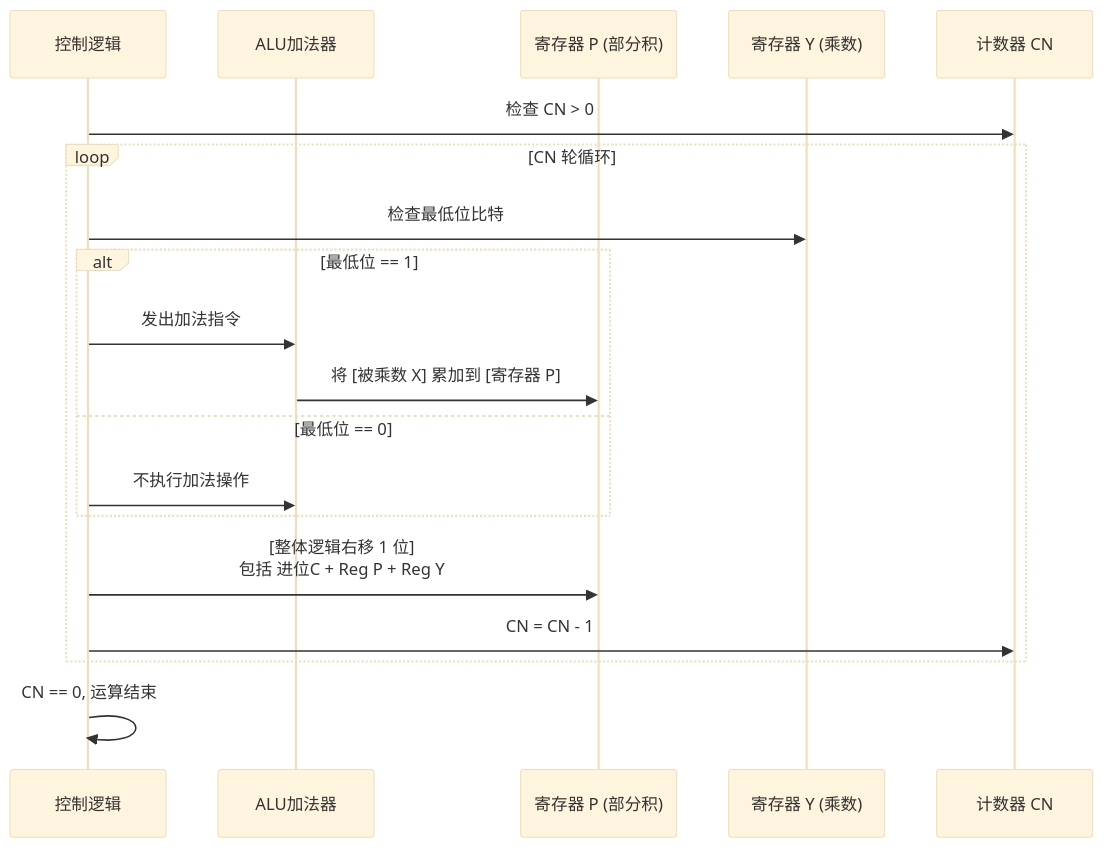
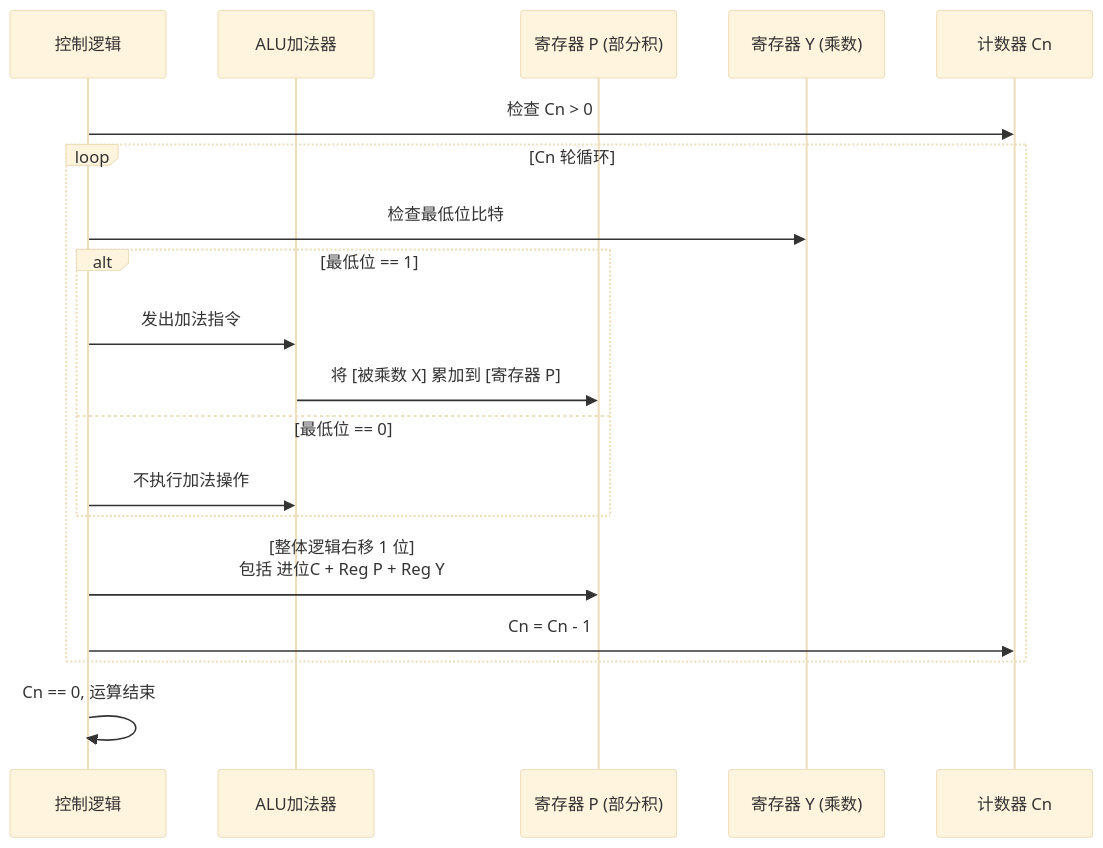
One commit to Lfff-commit/408-note changed the diagram in 计组/2/013 2.2.4_1_无符号整数的乘法运算原理.md. Above: the diagram before and after it, drawn with Mermaid (base theme). The commit also changed other lines of this file and 80 other files, not shown here.

````diff
--- a/计组/2/013 2.2.4_1_无符号整数的乘法运算原理.md
+++ b/计组/2/013 2.2.4_1_无符号整数的乘法运算原理.md
@@ -61,22 +61,22 @@
 ```mermaid
 sequenceDiagram
     participant Ctrl as 控制逻辑
     participant ALU as ALU加法器
     participant RegP as 寄存器 P (部分积)
     participant RegY as 寄存器 Y (乘数)
-    participant Counter as 计数器 CN
+    participant Counter as 计数器 Cn
 
-    Ctrl->>Counter: 检查 CN > 0
-    loop CN 轮循环
+    Ctrl->>Counter: 检查 Cn > 0
+    loop Cn 轮循环
         Ctrl->>RegY: 检查最低位比特
         alt 最低位 == 1
             Ctrl->>ALU: 发出加法指令
             ALU->>RegP: 将 [被乘数 X] 累加到 [寄存器 P]
         else 最低位 == 0
             Ctrl->>ALU: 不执行加法操作
         end
         Ctrl->>RegP: [整体逻辑右移 1 位]<br>包括 进位C + Reg P + Reg Y
-        Ctrl->>Counter: CN = CN - 1
+        Ctrl->>Counter: Cn = Cn - 1
     end
-    Ctrl->>Ctrl: CN == 0, 运算结束
+    Ctrl->>Ctrl: Cn == 0, 运算结束
 ```
````
